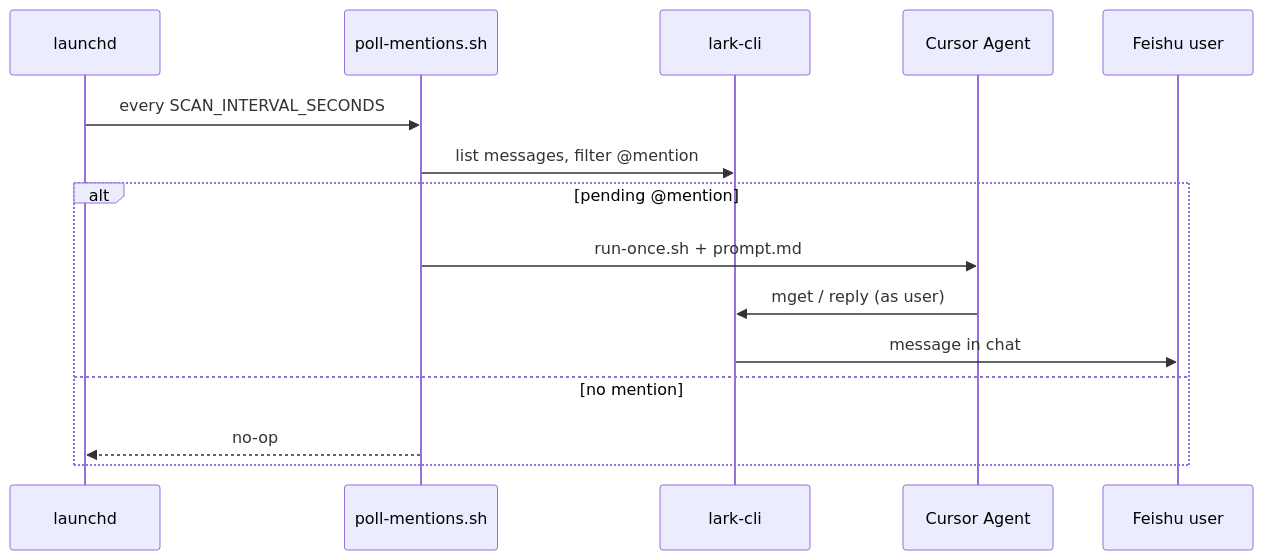
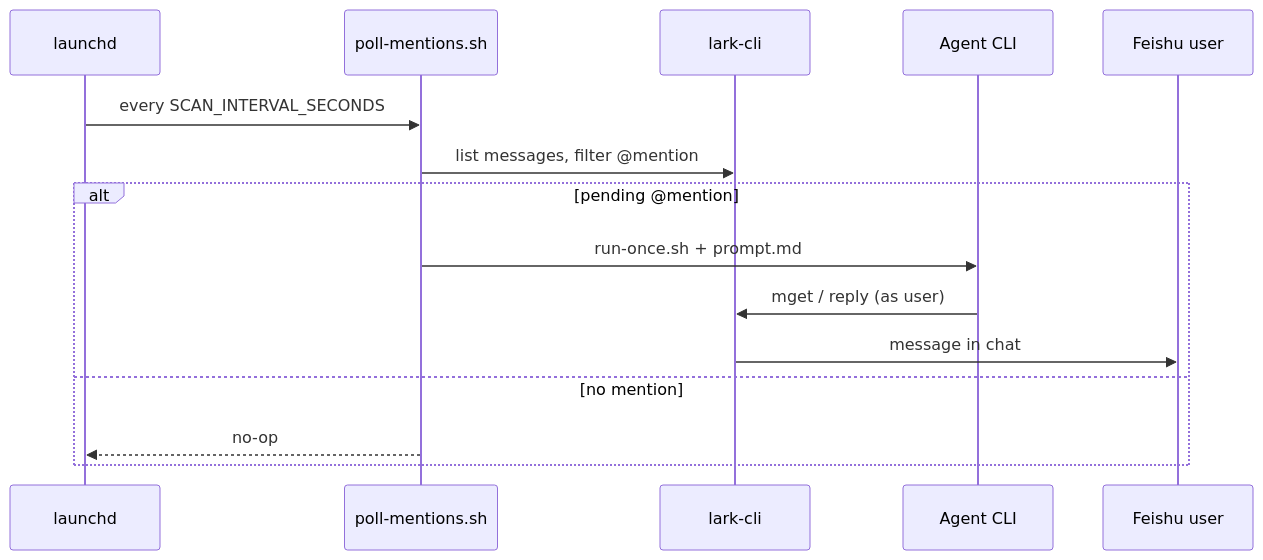
Before and after one commit to solace20/lark-oncall-agent: the first of 2 diagrams in README.md, drawn with Mermaid. The commit also changed other lines of this file and 8 other files, not shown here.

````diff
--- a/README.md
+++ b/README.md
@@ -80,18 +110,18 @@
 ```mermaid
 sequenceDiagram
   participant L as launchd
   participant P as poll-mentions.sh
   participant F as lark-cli
-  participant C as Cursor Agent
+  participant C as Agent CLI
   participant U as Feishu user
 
   L->>P: every SCAN_INTERVAL_SECONDS
   P->>F: list messages, filter @mention
   alt pending @mention
     P->>C: run-once.sh + prompt.md
     C->>F: mget / reply (as user)
     F->>U: message in chat
   else no mention
     P-->>L: no-op
   end
 ```
````
